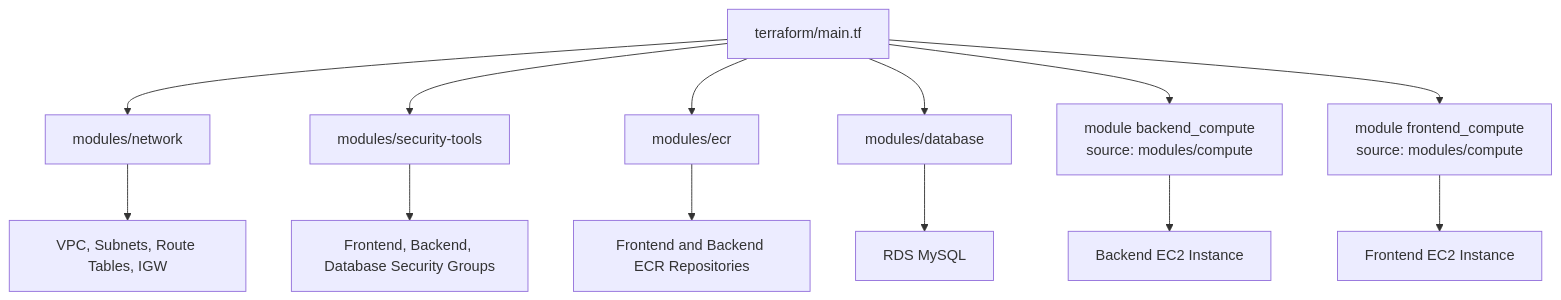
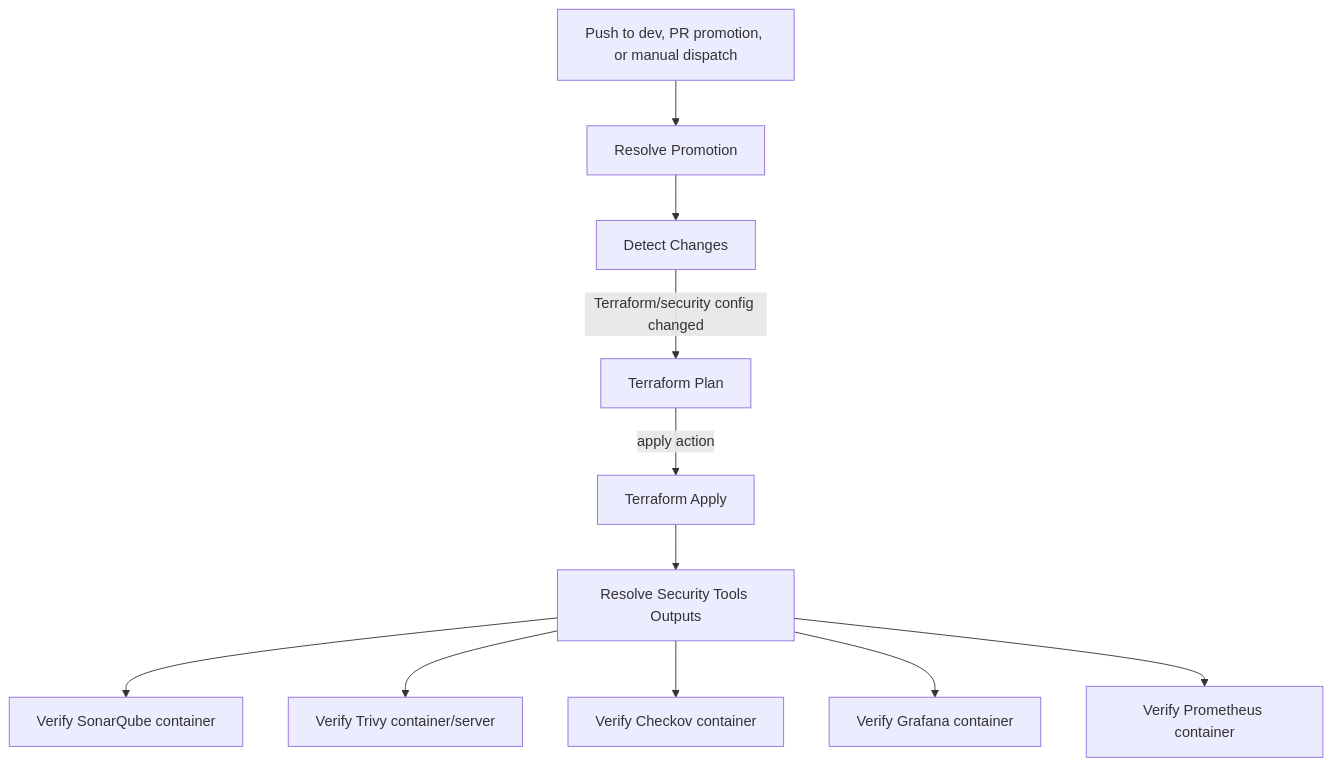
One commit to Olalekog/todo-3tier-app changed the fifth of 6 diagrams in README.md. Above: the diagram before and after it, drawn with Mermaid. The commit also changed other lines of this file, not shown here.

````diff
--- a/README.md
+++ b/README.md
@@ -352,18 +245,13 @@
 ```mermaid
-flowchart TB
-    Root[terraform/main.tf]
-
-    Root --> Network[modules/network]
-    Root --> SG[modules/security-tools]
-    Root --> ECR[modules/ecr]
-    Root --> DB[modules/database]
-    Root --> BackendCompute[module backend_compute<br/>source: modules/compute]
-    Root --> FrontendCompute[module frontend_compute<br/>source: modules/compute]
-
-    Network --> VPC[VPC, Subnets, Route Tables, IGW]
-    SG --> SecurityGroups[Frontend, Backend, Database Security Groups]
-    ECR --> ECRRepos[Frontend and Backend ECR Repositories]
-    DB --> RDS[RDS MySQL]
-    BackendCompute --> BackendEC2[Backend EC2 Instance]
-    FrontendCompute --> FrontendEC2[Frontend EC2 Instance]
+flowchart TD
+    Trigger[Push to dev, PR promotion, or manual dispatch] --> Resolve[Resolve Promotion]
+    Resolve --> Detect[Detect Changes]
+    Detect -->|Terraform/security config changed| Plan[Terraform Plan]
+    Plan -->|apply action| Apply[Terraform Apply]
+    Apply --> Outputs[Resolve Security Tools Outputs]
+    Outputs --> SQ[Verify SonarQube container]
+    Outputs --> TV[Verify Trivy container/server]
+    Outputs --> CK[Verify Checkov container]
+    Outputs --> GF[Verify Grafana container]
+    Outputs --> PR[Verify Prometheus container]
 ```
````
